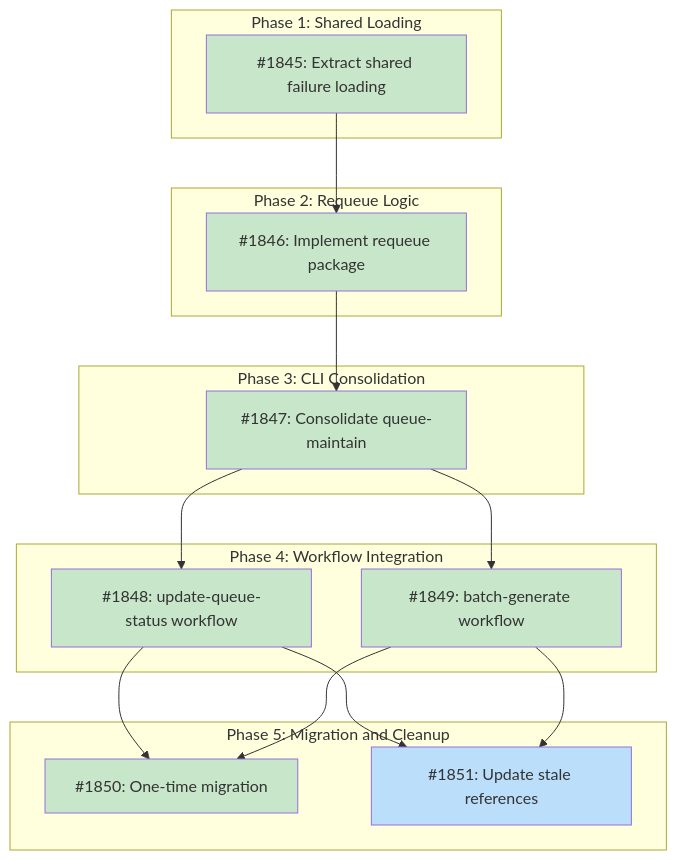
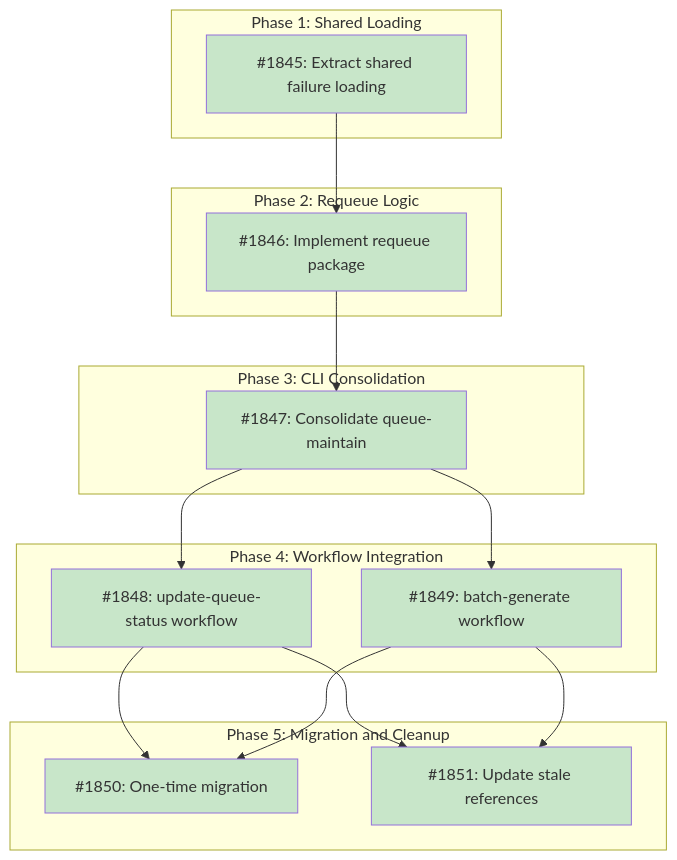
One commit to tsukumogami/tsuku changed the diagram in docs/designs/DESIGN-requeue-on-recipe-merge.md. Above: the diagram before and after it, drawn with Mermaid. The commit also changed other lines of this file and 1 other file, not shown here.

Commit message:
chore: mark #1851 done, all issues complete

````diff
--- a/docs/designs/DESIGN-requeue-on-recipe-merge.md
+++ b/docs/designs/DESIGN-requeue-on-recipe-merge.md
@@ -63,43 +63,42 @@
 ```mermaid
 graph TD
     subgraph Phase1["Phase 1: Shared Loading"]
         I1845["#1845: Extract shared failure loading"]
     end
 
     subgraph Phase2["Phase 2: Requeue Logic"]
         I1846["#1846: Implement requeue package"]
     end
 
     subgraph Phase3["Phase 3: CLI Consolidation"]
         I1847["#1847: Consolidate queue-maintain"]
     end
 
     subgraph Phase4["Phase 4: Workflow Integration"]
         I1848["#1848: update-queue-status workflow"]
         I1849["#1849: batch-generate workflow"]
     end
 
     subgraph Phase5["Phase 5: Migration and Cleanup"]
         I1850["#1850: One-time migration"]
         I1851["#1851: Update stale references"]
     end
 
     I1845 --> I1846
     I1846 --> I1847
     I1847 --> I1848
     I1847 --> I1849
     I1848 --> I1850
     I1849 --> I1850
     I1848 --> I1851
     I1849 --> I1851
 
     classDef done fill:#c8e6c9
     classDef ready fill:#bbdefb
     classDef blocked fill:#fff9c4
     classDef needsDesign fill:#e1bee7
     classDef tracksDesign fill:#FFE0B2,stroke:#F57C00,color:#000
 
     class I1845 done
-    class I1846,I1847,I1848,I1849,I1850 done
-    class I1851 ready
+    class I1846,I1847,I1848,I1849,I1850,I1851 done
 ```
````
